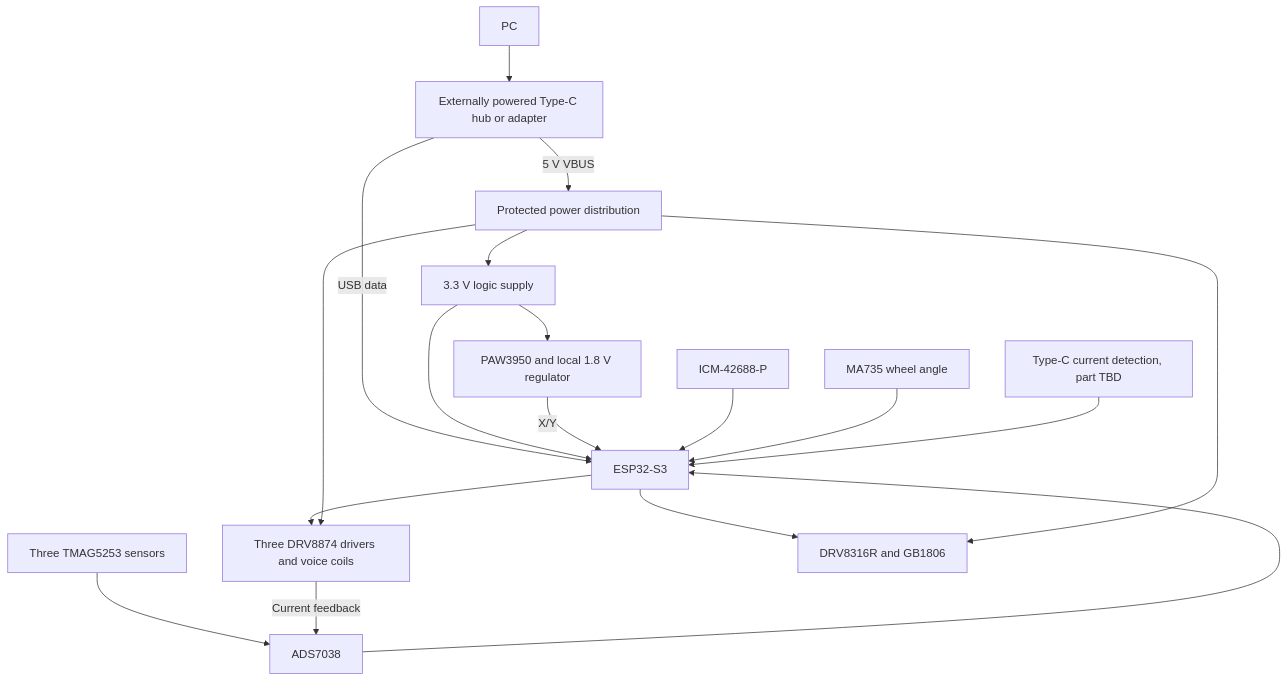
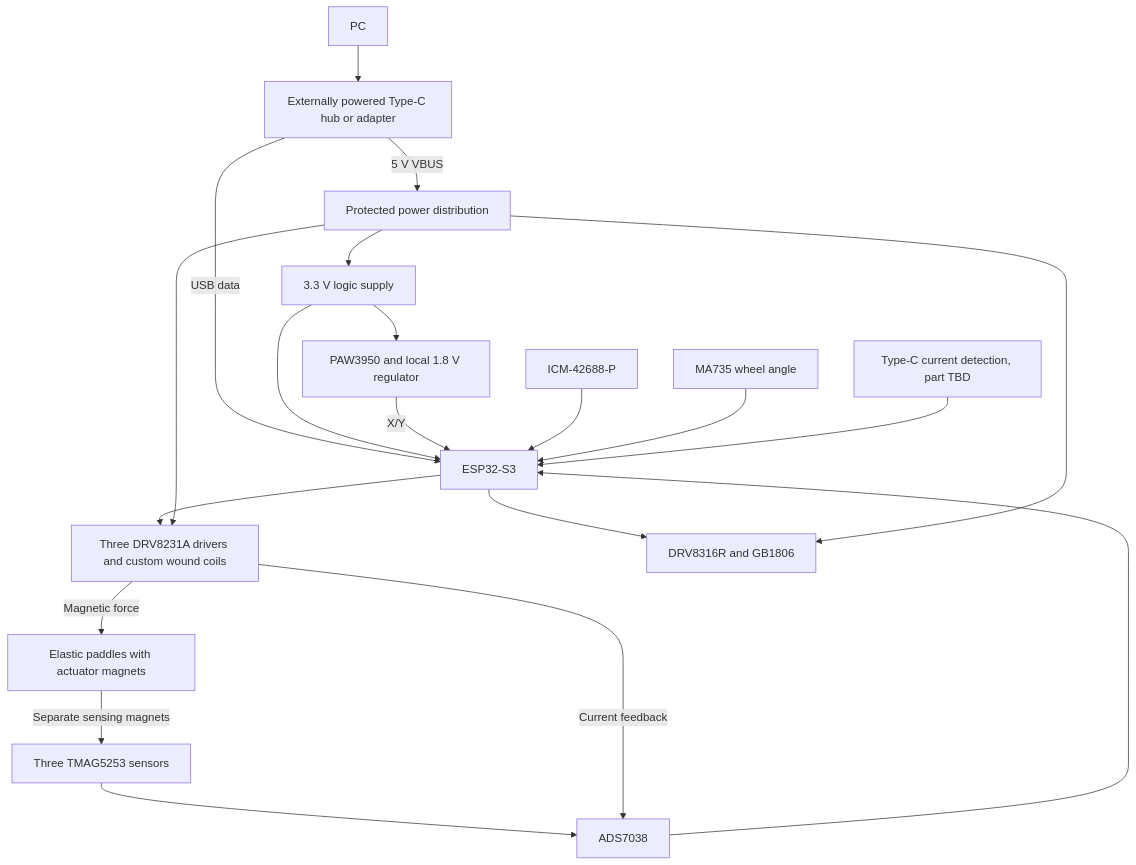
One commit to sbarisic/MagMouse changed the diagram in docs/architecture.md. Above: the diagram before and after it, drawn with Mermaid. The commit also changed other lines of this file and 26 other files, not shown here.

Commit message:
Add KiCad starter schematic and custom-coil button design

````diff
--- a/docs/architecture.md
+++ b/docs/architecture.md
@@ -20,20 +21,22 @@
 ```mermaid
 flowchart TD
     PC[PC] --> Hub[Externally powered Type-C hub or adapter]
     Hub -->|USB data| MCU[ESP32-S3]
     Hub -->|5 V VBUS| Power[Protected power distribution]
     Power --> Logic[3.3 V logic supply]
     Logic --> MCU
     Logic --> Optical[PAW3950 and local 1.8 V regulator]
     Optical -->|X/Y| MCU
     IMU[ICM-42688-P] --> MCU
     Hall[Three TMAG5253 sensors] --> ADC[ADS7038]
     ADC --> MCU
-    MCU --> VCA[Three DRV8874 drivers and voice coils]
-    VCA -->|Current feedback| ADC
+    MCU --> Buttons[Three DRV8231A drivers and custom wound coils]
+    Buttons -->|Current feedback| ADC
+    Buttons -->|Magnetic force| Paddles[Elastic paddles with actuator magnets]
+    Paddles -->|Separate sensing magnets| Hall
     MCU --> Wheel[DRV8316R and GB1806]
     Angle[MA735 wheel angle] --> MCU
-    Power --> VCA
+    Power --> Buttons
     Power --> Wheel
     CC[Type-C current detection, part TBD] --> MCU
 ```
````
